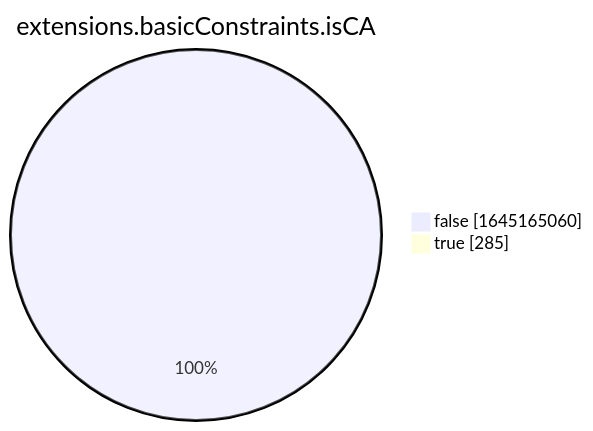
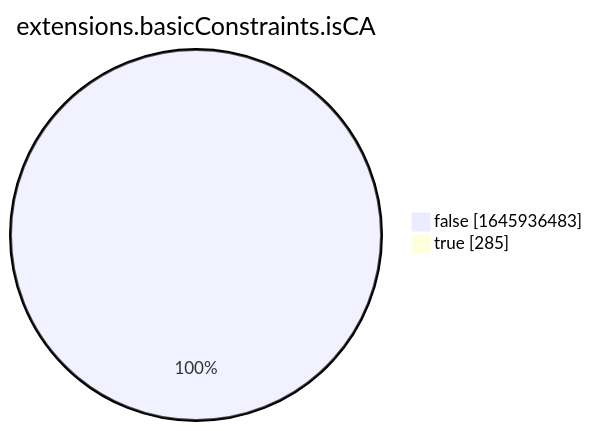
The eighth of 15 diagrams in xenon2022/README.md (christiankrug/ctmonitor_visualization), drawn with Mermaid before and after one commit. The commit also changed other lines of this file, not shown here.

````diff
--- a/xenon2022/README.md
+++ b/xenon2022/README.md
@@ -2863,6 +2863,6 @@
 ```mermaid
 pie showData
 title extensions.basicConstraints.isCA
-"false" :1645165060
+"false" :1645936483
 "true" :285
 ```
````
